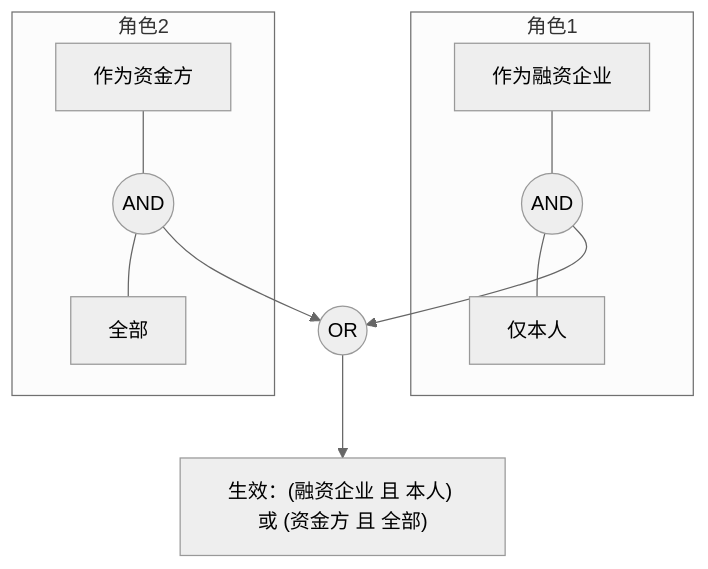
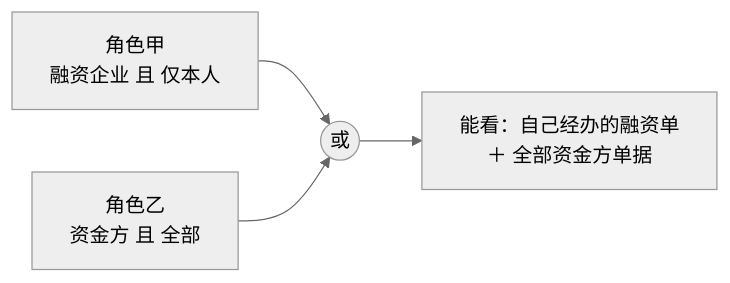
The third of 4 diagrams in private/qianrong_权限系统产品设计与数据权限过滤全景方案.md (duuu233/project-hub), drawn with Mermaid (neutral theme) before and after one commit. The commit also changed other lines of this file and 1 other file, not shown here.

````diff
--- a/private/qianrong_权限系统产品设计与数据权限过滤全景方案.md
+++ b/private/qianrong_权限系统产品设计与数据权限过滤全景方案.md
@@ -268,12 +74,6 @@
 ```mermaid
-flowchart TB
-    subgraph 角色1
-        A1["作为融资企业"] --- X1(("AND")) --- B1["仅本人"]
-    end
-    subgraph 角色2
-        A2["作为资金方"] --- X2(("AND")) --- B2["全部"]
-    end
-    X1 --> OR(("OR"))
-    X2 --> OR
-    OR --> RES["生效：(融资企业 且 本人) 或 (资金方 且 全部)"]
+flowchart LR
+    A["角色甲<br/>融资企业 且 仅本人"] --> M(("或"))
+    B["角色乙<br/>资金方 且 全部"] --> M
+    M --> R["能看：自己经办的融资单<br/>＋ 全部资金方单据"]
 ```
````
